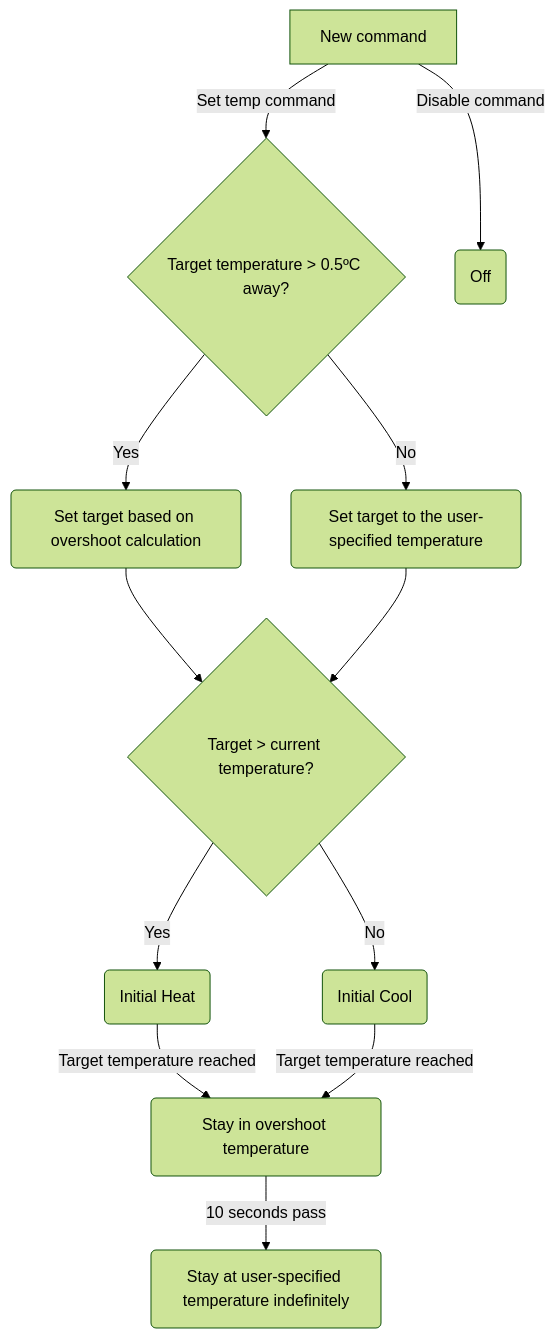
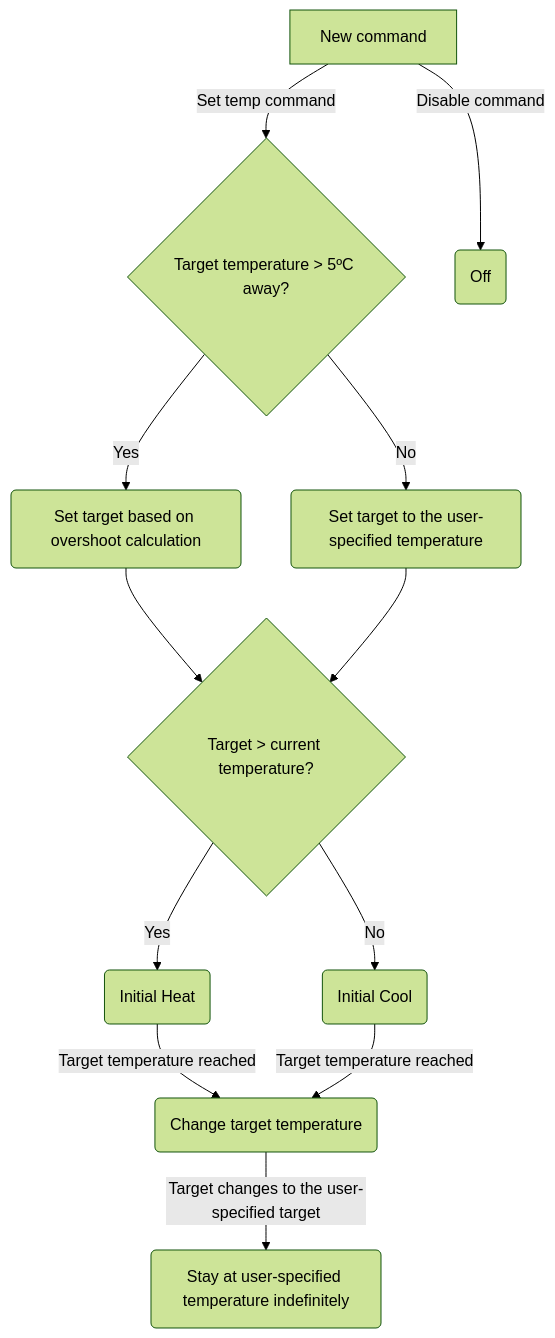
Before and after one commit to Opentrons/opentrons-modules: the diagram in stm32-modules/thermocycler-gen2/firmware/thermal/README.md, drawn with Mermaid (forest theme). The commit also changed 4 other files, not shown here.

````diff
--- a/stm32-modules/thermocycler-gen2/firmware/thermal/README.md
+++ b/stm32-modules/thermocycler-gen2/firmware/thermal/README.md
@@ -25,24 +25,24 @@
 ```mermaid
 graph TD
     Start[New command]
-    Overshoot{Target temperature > 0.5ºC away?}
+    Overshoot{Target temperature > 5ºC away?}
     OvershootYes(Set target based on overshoot calculation)
     OvershootNo(Set target to the user-specified temperature)
     HotOrCold{Target > current temperature?}
     InitialHeat(Initial Heat)
     InitialCool(Initial Cool)
-    OvershootPhase(Stay in overshoot temperature)
+    OvershootPhase(Change target temperature)
     HoldingPhase(Stay at user-specified temperature indefinitely)
     Off(Off)
 
     Start -->|Set temp command| Overshoot
     Overshoot -->|Yes| OvershootYes --> HotOrCold
     Overshoot -->|No| OvershootNo --> HotOrCold
     HotOrCold -->|Yes| InitialHeat
     HotOrCold -->|No| InitialCool
     InitialHeat -->|Target temperature reached| OvershootPhase
     InitialCool -->|Target temperature reached| OvershootPhase
-    OvershootPhase -->|10 seconds pass| HoldingPhase
+    OvershootPhase -->|Target changes to the user-specified target| HoldingPhase
 
     Start -->|Disable command| Off
 ```
````
